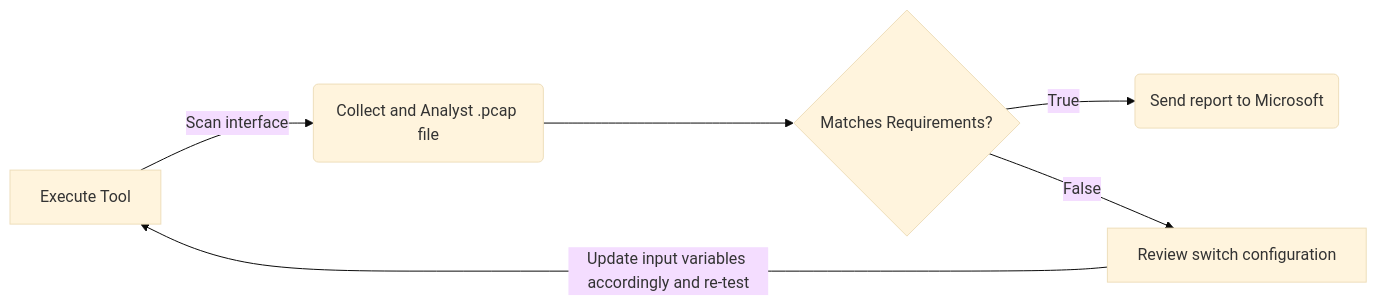
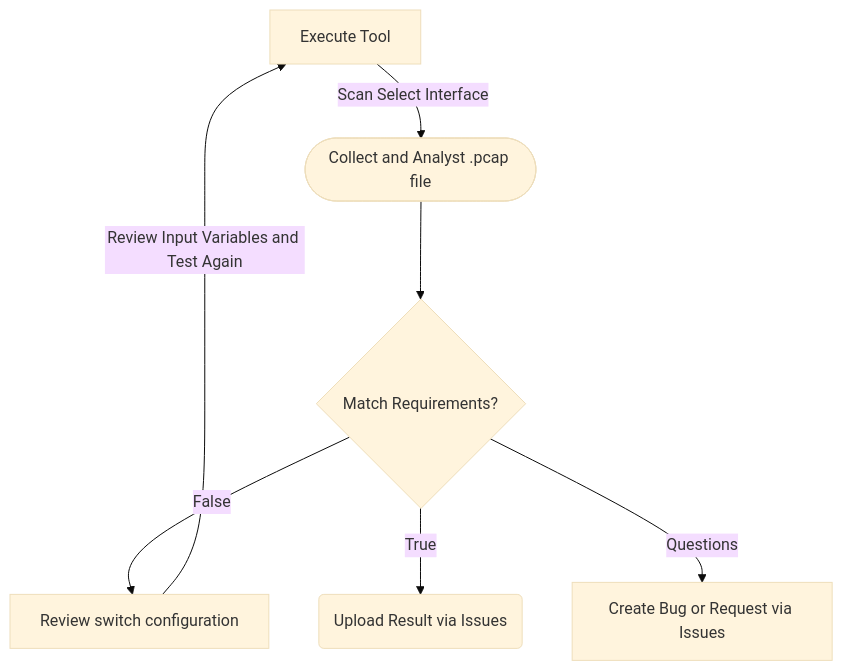
One commit to microsoft/AzureStackHCI-Network-Switch-Validation changed the diagram in README.md. Above: the diagram before and after it, drawn with Mermaid (base theme). The commit also changed other lines of this file and 15 other files, not shown here.

````diff
--- a/README.md
+++ b/README.md
@@ -17,9 +17,10 @@
 ```mermaid
-flowchart LR
+flowchart TB
 
-A[Execute Tool] -->|Scan interface| B(Collect and Analyst .pcap file)
-B --> C{Matches Requirements?}
-C --> |True|D(Send report to Microsoft)
-C --> |False|E[Review switch configuration]
-E --> |Update input variables accordingly and re-test | A
+A[Execute Tool] -->|Scan Select Interface| B([Collect and Analyst .pcap file])
+C --> |False| E[Review switch configuration]
+E --> |Review Input Variables and Test Again | A
+B --> C{Match Requirements?}
+C --> |True| D(Upload Result via Issues)
+C --> |Questions| F[Create Bug or Request via Issues]
 ```
````
